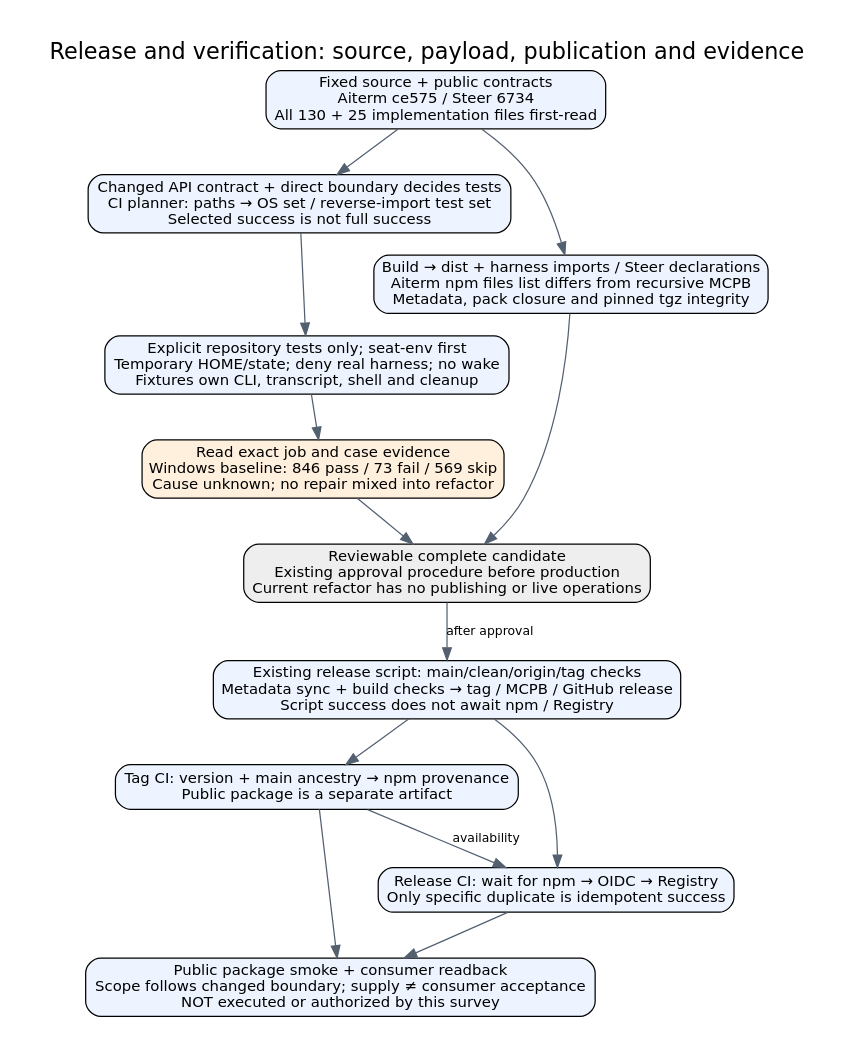
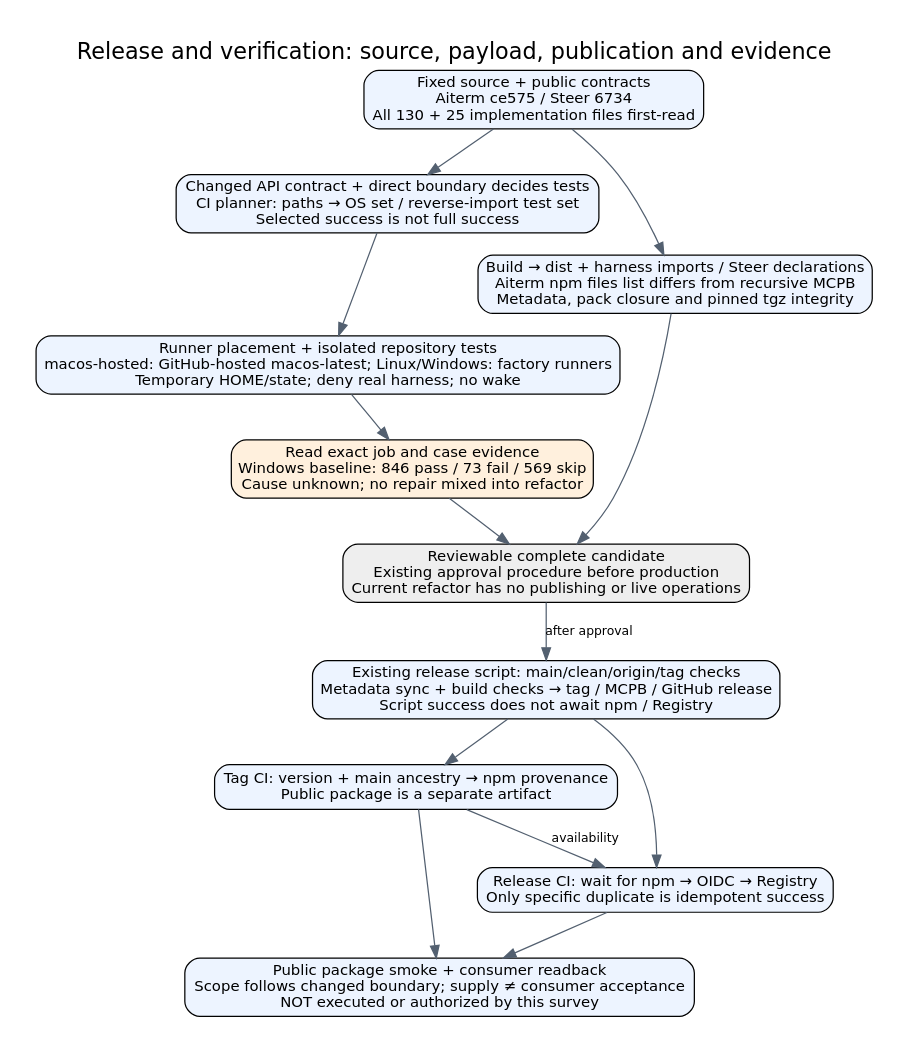
Before and after one commit to kitepon/aiterm-mcp: the diagram in docs/architecture/release-verification.dot, drawn with Graphviz. The commit also changed 19 other files, not shown here.

First line of the commit message:
Run macOS CI on GitHub-hosted runners, relay MCP _meta to terminals, and give self-started seat turns a word start

```diff
--- a/docs/architecture/release-verification.dot
+++ b/docs/architecture/release-verification.dot
@@ -1,33 +1,33 @@
 digraph release_verification {
 graph [rankdir=TB,bgcolor="white",pad=0.3,nodesep=0.45,ranksep=0.48,labelloc=t,fontname="DejaVu Sans",fontsize=18]; node [shape=box,style="rounded,filled",fillcolor="#edf4ff",fontname="DejaVu Sans",fontsize=12]; edge [fontname="DejaVu Sans",fontsize=10,color="#536070"];
 graph [label="Release and verification: source, payload, publication and evidence"];
  source [label="Fixed source + public contracts
 Aiterm ce575 / Steer 6734
 All 130 + 25 implementation files first-read"];
  scope [label="Changed API contract + direct boundary decides tests
 CI planner: paths → OS set / reverse-import test set
 Selected success is not full success"];
- isolation [label="Explicit repository tests only; seat-env first
-Temporary HOME/state; deny real harness; no wake
-Fixtures own CLI, transcript, shell and cleanup"];
+ isolation [label="Runner placement + isolated repository tests
+macos-hosted: GitHub-hosted macos-latest; Linux/Windows: factory runners
+Temporary HOME/state; deny real harness; no wake"];
  results [label="Read exact job and case evidence
 Windows baseline: 846 pass / 73 fail / 569 skip
 Cause unknown; no repair mixed into refactor",fillcolor="#fff0dd"];
  build [label="Build → dist + harness imports / Steer declarations
 Aiterm npm files list differs from recursive MCPB
 Metadata, pack closure and pinned tgz integrity"];
  candidate [label="Reviewable complete candidate
 Existing approval procedure before production
 Current refactor has no publishing or live operations",fillcolor="#eeeeee"];
  tag [label="Existing release script: main/clean/origin/tag checks
 Metadata sync + build checks → tag / MCPB / GitHub release
 Script success does not await npm / Registry"];
  npm [label="Tag CI: version + main ancestry → npm provenance
 Public package is a separate artifact"];
  registry [label="Release CI: wait for npm → OIDC → Registry
 Only specific duplicate is idempotent success"];
  smoke [label="Public package smoke + consumer readback
 Scope follows changed boundary; supply ≠ consumer acceptance
 NOT executed or authorized by this survey"];
  source -> scope;scope -> isolation;isolation -> results;source -> build;results -> candidate;build -> candidate;candidate -> tag [label="after approval"];tag -> npm;tag -> registry;npm -> registry [label="availability"];npm -> smoke;registry -> smoke;
 }
```
